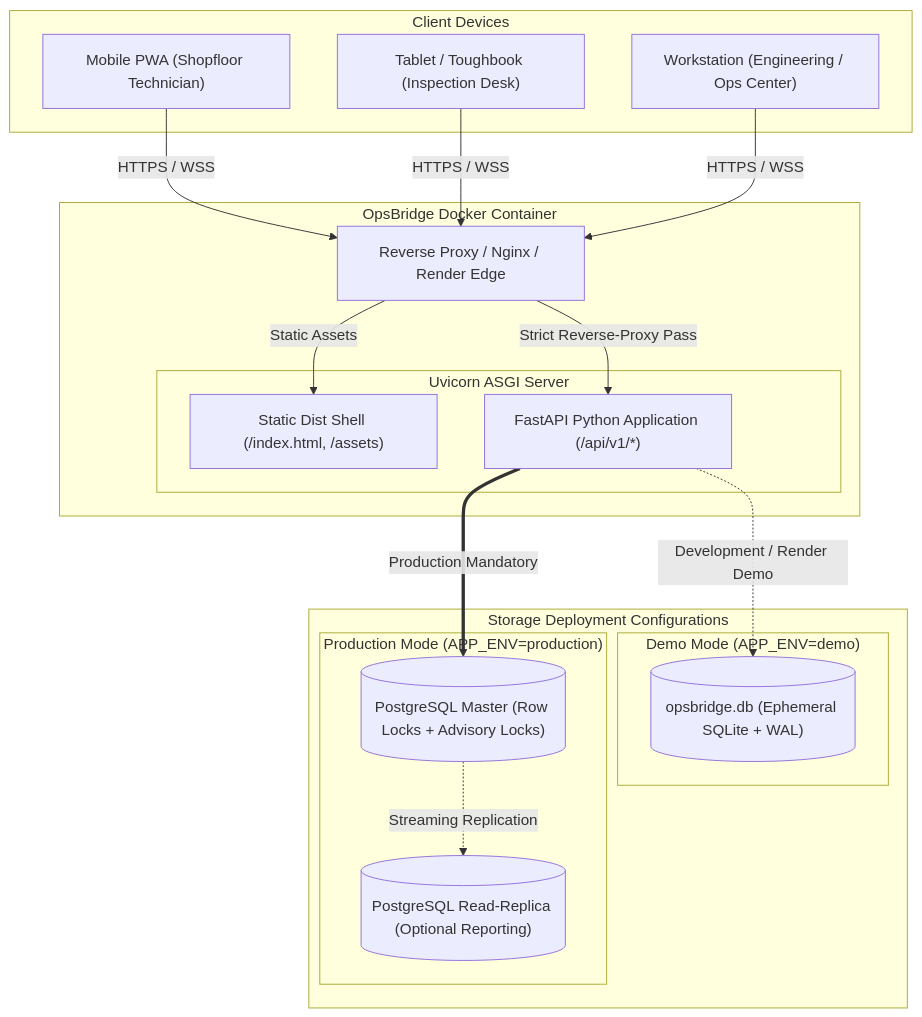
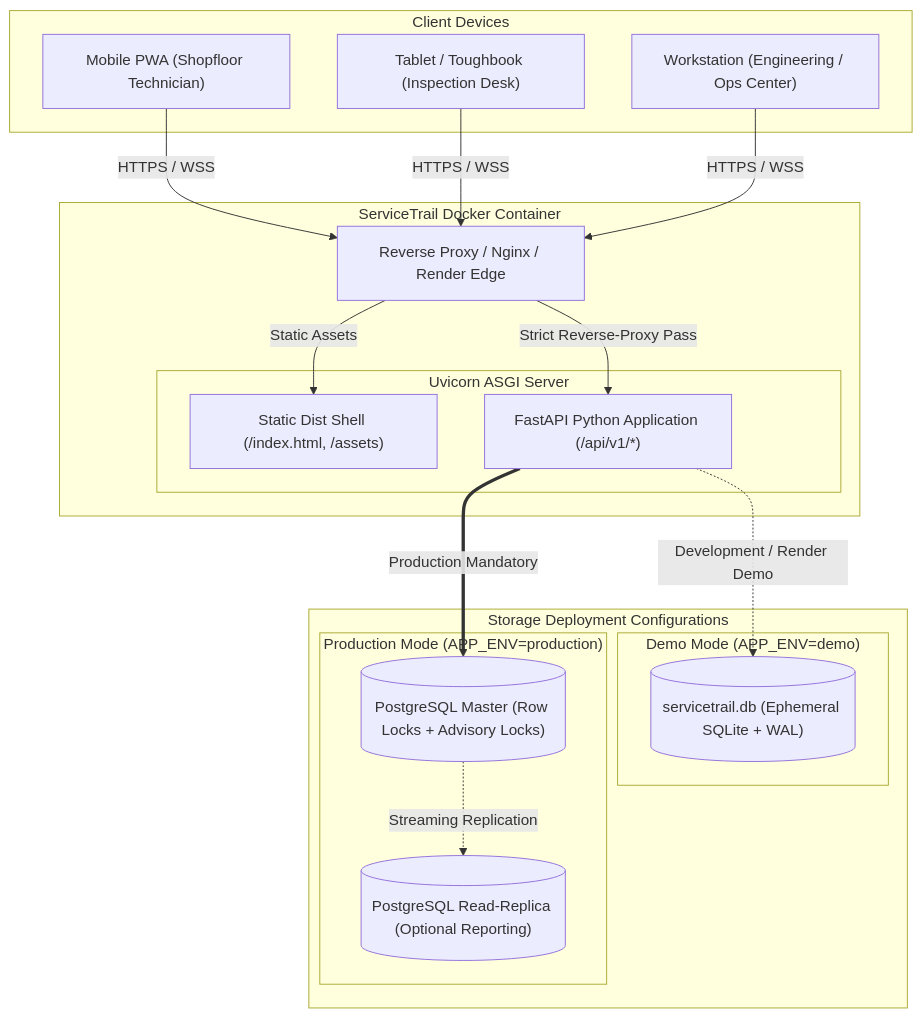
Before and after one commit to PriyanshuChauhan-007/ServiceTrail: the sixth of 6 diagrams in docs/architecture-diagrams.md, drawn with Mermaid. The commit also changed other lines of this file and 44 other files, not shown here.

Commit message:
refactor: rename project to ServiceTrail

````diff
--- a/docs/architecture-diagrams.md
+++ b/docs/architecture-diagrams.md
@@ -319,39 +319,39 @@
 ```mermaid
 graph TB
     subgraph ClientEnvironments["Client Devices"]
         Mobile["Mobile PWA (Shopfloor Technician)"]
         Tablet["Tablet / Toughbook (Inspection Desk)"]
         Desktop["Workstation (Engineering / Ops Center)"]
     end
 
-    subgraph ContainerRuntime["OpsBridge Docker Container"]
+    subgraph ContainerRuntime["ServiceTrail Docker Container"]
         ReverseProxy["Reverse Proxy / Nginx / Render Edge"]
 
         subgraph InternalHost["Uvicorn ASGI Server"]
             StaticMount["Static Dist Shell (/index.html, /assets)"]
             FastAPI["FastAPI Python Application (/api/v1/*)"]
         end
     end
 
     subgraph StorageOptions["Storage Deployment Configurations"]
         subgraph DemoMode["Demo Mode (APP_ENV=demo)"]
-            SQLiteFile[("opsbridge.db (Ephemeral SQLite + WAL)")]
+            SQLiteFile[("servicetrail.db (Ephemeral SQLite + WAL)")]
         end
 
         subgraph ProdMode["Production Mode (APP_ENV=production)"]
             PostgresMaster[("PostgreSQL Master (Row Locks + Advisory Locks)")]
             PostgresReplica[("PostgreSQL Read-Replica (Optional Reporting)")]
         end
     end
 
     Mobile -->|HTTPS / WSS| ReverseProxy
     Tablet -->|HTTPS / WSS| ReverseProxy
     Desktop -->|HTTPS / WSS| ReverseProxy
 
     ReverseProxy -->|Static Assets| StaticMount
     ReverseProxy -->|Strict Reverse-Proxy Pass| FastAPI
 
     FastAPI -.->|Development / Render Demo| SQLiteFile
     FastAPI ==>|Production Mandatory| PostgresMaster
     PostgresMaster -.->|Streaming Replication| PostgresReplica
 ```
````
